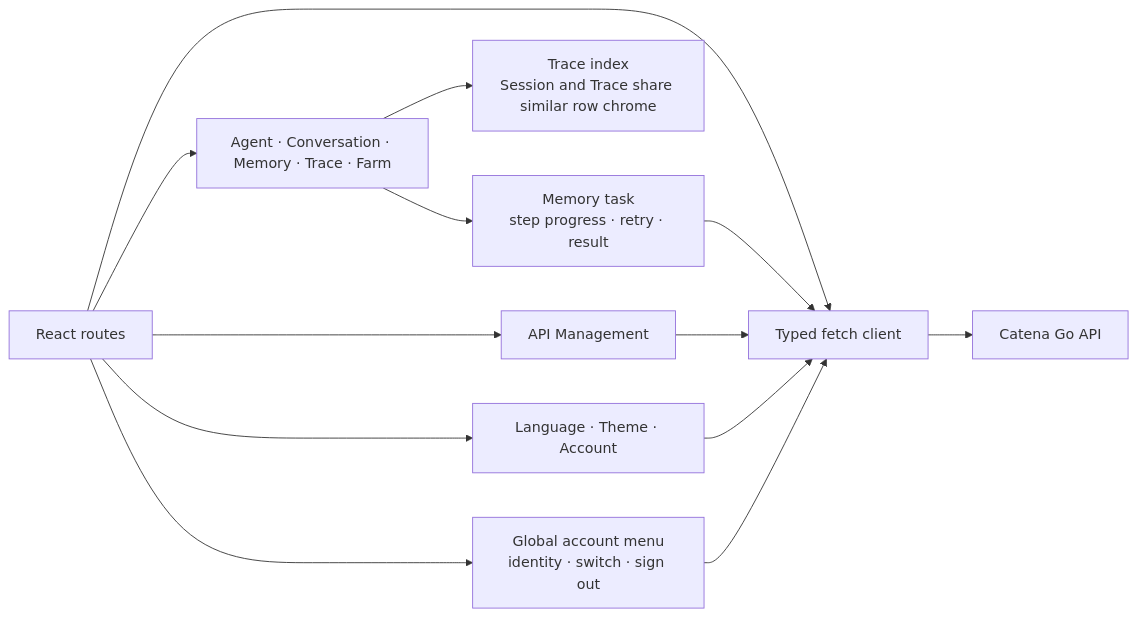
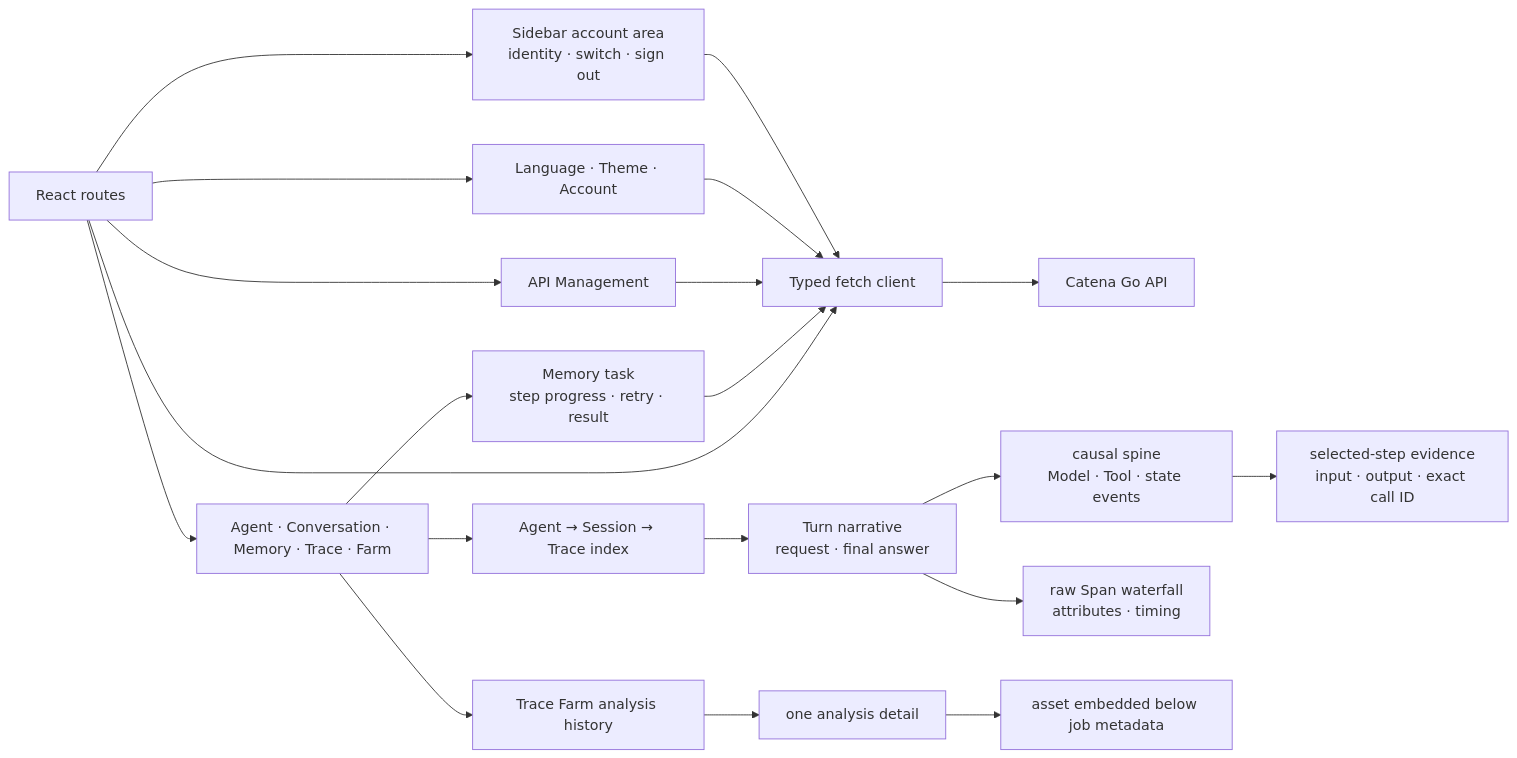
The first of 2 diagrams in catena-web/SPEC.md (fightheyyy/CATENA), drawn with Mermaid before and after one commit. The commit also changed other lines of this file and 113 other files, not shown here.

````diff
--- a/catena-web/SPEC.md
+++ b/catena-web/SPEC.md
@@ -12,15 +12,22 @@
 ```mermaid
 flowchart LR
     Routes["React routes"] --> API["Typed fetch client"]
     API --> Go["Catena Go API"]
     Routes --> Views["Agent · Conversation · Memory · Trace · Farm"]
-    Views --> Flat["Trace index<br/>Session and Trace share similar row chrome"]
+    Views --> TraceIndex["Agent → Session → Trace index"]
+    TraceIndex --> Narrative["Turn narrative<br/>request · final answer"]
+    Narrative --> CausalSpine["causal spine<br/>Model · Tool · state events"]
+    CausalSpine --> InlineEvidence["selected-step evidence<br/>input · output · exact call ID"]
+    Narrative --> Diagnostics["raw Span waterfall<br/>attributes · timing"]
+    Views --> Farm["Trace Farm analysis history"]
+    Farm --> JobDetail["one analysis detail"]
+    JobDetail --> EmbeddedAsset["asset embedded below job metadata"]
     Views --> MemoryTask["Memory task<br/>step progress · retry · result"]
     MemoryTask --> API
     Routes --> Keys["API Management"]
     Keys --> API
     Routes --> Settings["Language · Theme · Account"]
     Settings --> API
-    Routes --> AccountMenu["Global account menu<br/>identity · switch · sign out"]
+    Routes --> AccountMenu["Sidebar account area<br/>identity · switch · sign out"]
     AccountMenu --> API
 ```
````
